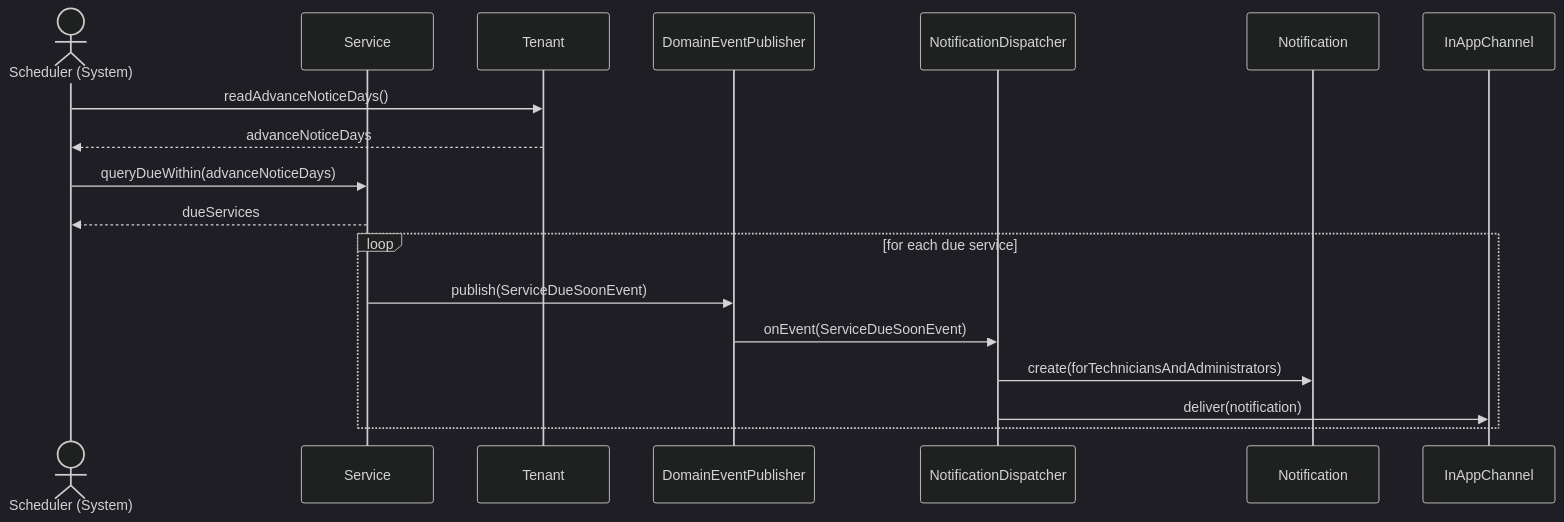
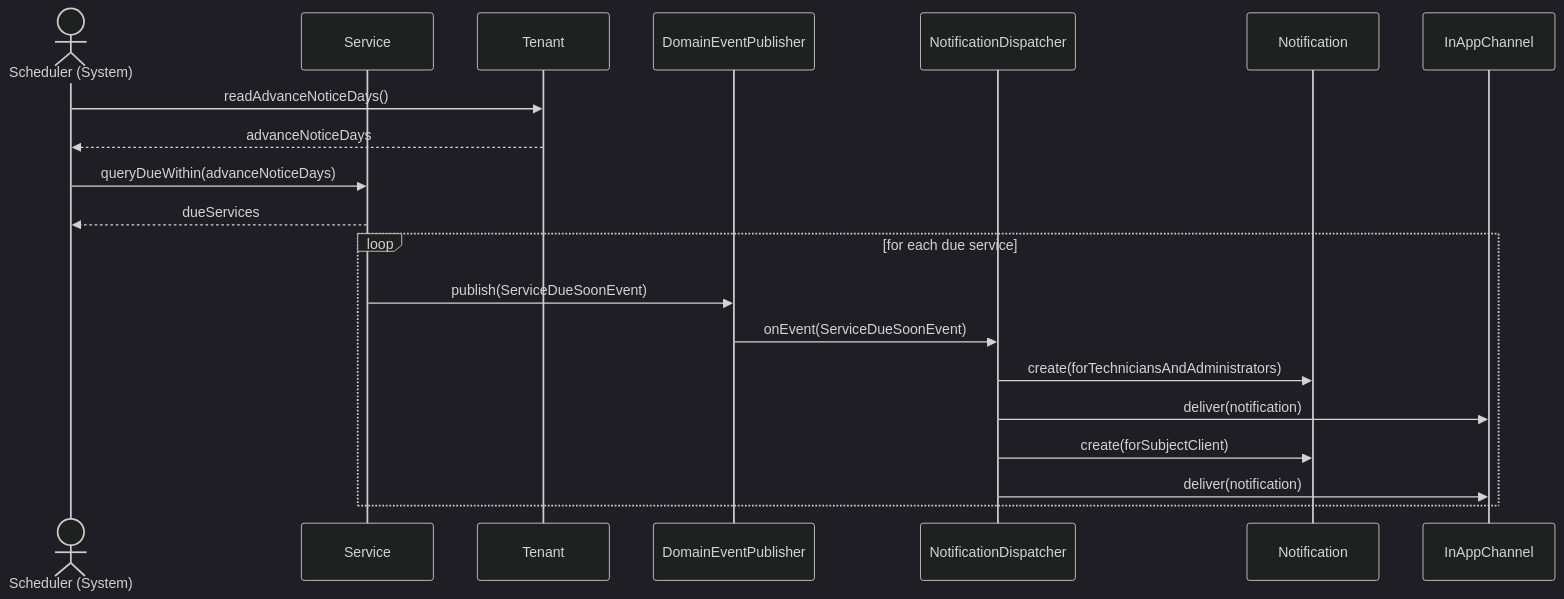
Before and after one commit to mariogarcia79/cmms-platform: diagram 15 of 16 in docs/CMMS-AnalysisWorkflow.md, drawn with Mermaid (dark theme). The commit also changed other lines of this file, not shown here.

````diff
--- a/docs/CMMS-AnalysisWorkflow.md
+++ b/docs/CMMS-AnalysisWorkflow.md
@@ -481,19 +496,21 @@
 ```mermaid
 sequenceDiagram
     actor Scheduler as Scheduler (System)
     participant Service
     participant Tenant
     participant Publisher as DomainEventPublisher
     participant Notifier as NotificationDispatcher
 
     Scheduler->>Tenant: readAdvanceNoticeDays()
     Tenant-->>Scheduler: advanceNoticeDays
     Scheduler->>Service: queryDueWithin(advanceNoticeDays)
     Service-->>Scheduler: dueServices
     loop for each due service
         Service->>Publisher: publish(ServiceDueSoonEvent)
         Publisher->>Notifier: onEvent(ServiceDueSoonEvent)
         Notifier->>Notification: create(forTechniciansAndAdministrators)
         Notifier->>InAppChannel: deliver(notification)
+        Notifier->>Notification: create(forSubjectClient)
+        Notifier->>InAppChannel: deliver(notification)
     end
 ```
````
